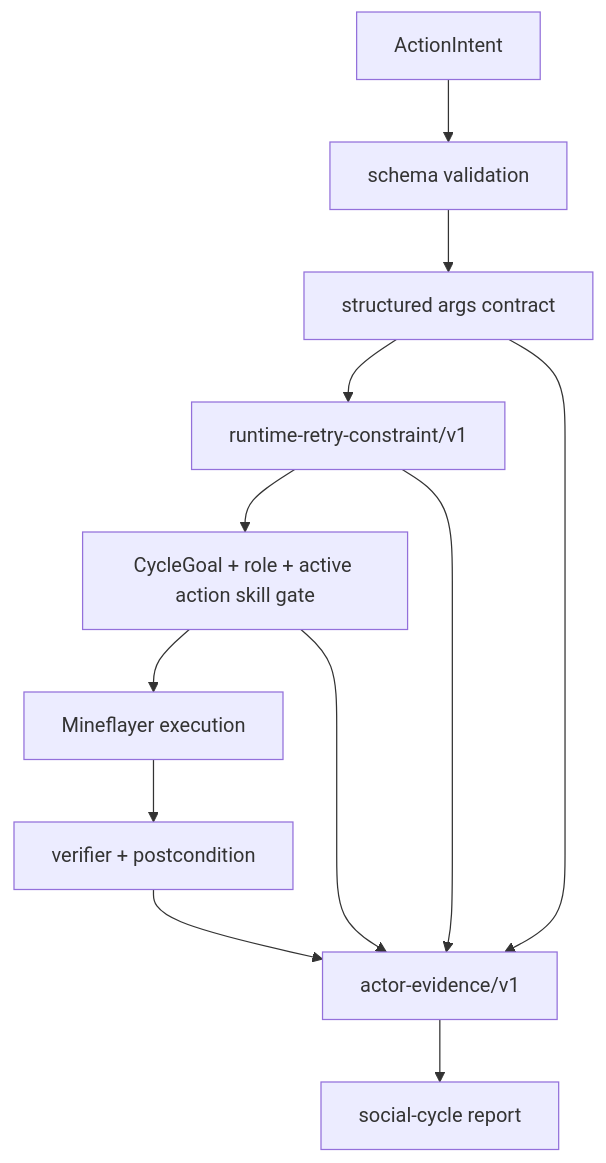
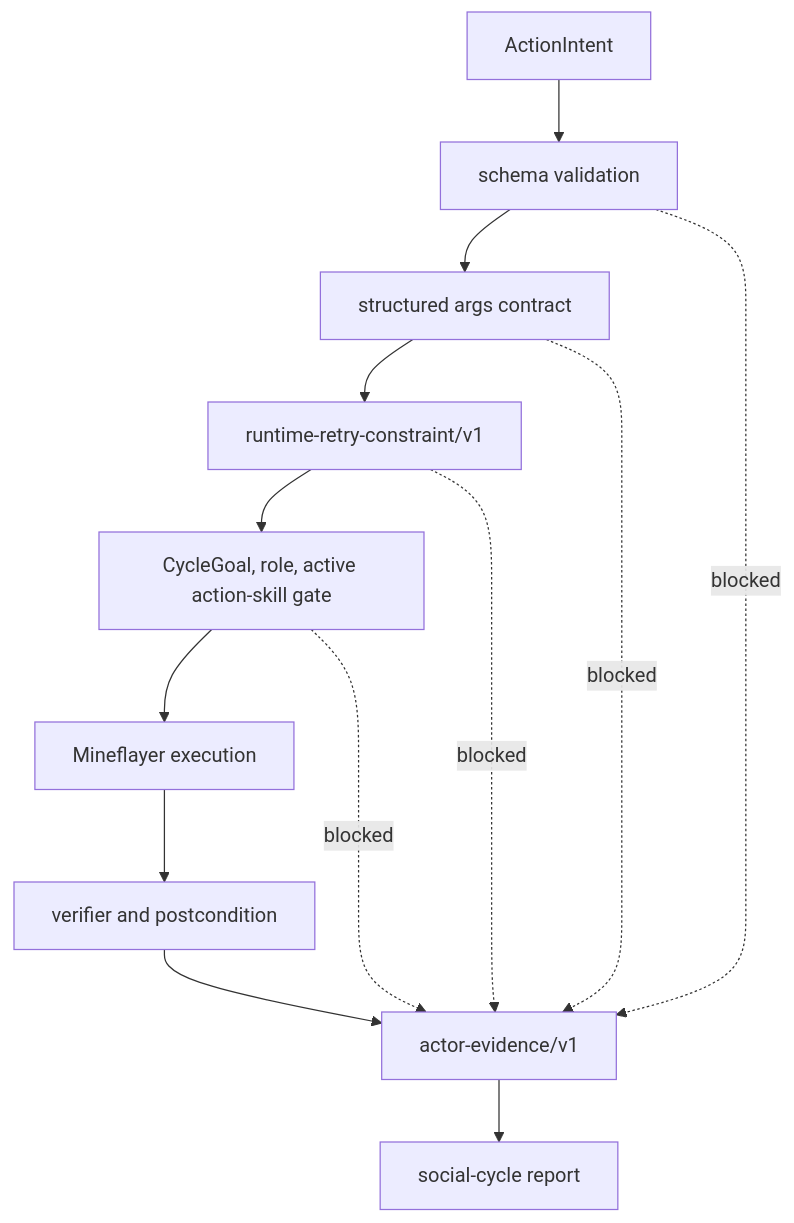
Before and after one commit to gigio1023/minecraft-llm-agent-community: the seventh of 11 diagrams in CURRENT_IMPLEMENTATION_ARCHITECTURE_REVIEW.md, drawn with Mermaid. The commit also changed other lines of this file and 83 other files, not shown here.

Commit message:
runtime: align observation context architecture

````diff
--- a/CURRENT_IMPLEMENTATION_ARCHITECTURE_REVIEW.md
+++ b/CURRENT_IMPLEMENTATION_ARCHITECTURE_REVIEW.md
@@ -373,25 +349,18 @@
 ```mermaid
 flowchart TD
   Intent["ActionIntent"]
   Schema["schema validation"]
   Args["structured args contract"]
   Retry["runtime-retry-constraint/v1"]
-  Permission["CycleGoal + role + active action skill gate"]
+  Permission["CycleGoal, role, active action-skill gate"]
   Execute["Mineflayer execution"]
-  Verify["verifier + postcondition"]
+  Verify["verifier and postcondition"]
   Evidence["actor-evidence/v1"]
   Report["social-cycle report"]
 
-  Intent --> Schema
-  Schema --> Args
-  Args --> Retry
-  Retry --> Permission
-  Permission --> Execute
-  Execute --> Verify
-  Verify --> Evidence
-  Evidence --> Report
-
-  Args --> Evidence
-  Retry --> Evidence
-  Permission --> Evidence
+  Intent --> Schema --> Args --> Retry --> Permission --> Execute --> Verify --> Evidence --> Report
+  Schema -. blocked .-> Evidence
+  Args -. blocked .-> Evidence
+  Retry -. blocked .-> Evidence
+  Permission -. blocked .-> Evidence
 ```
````
